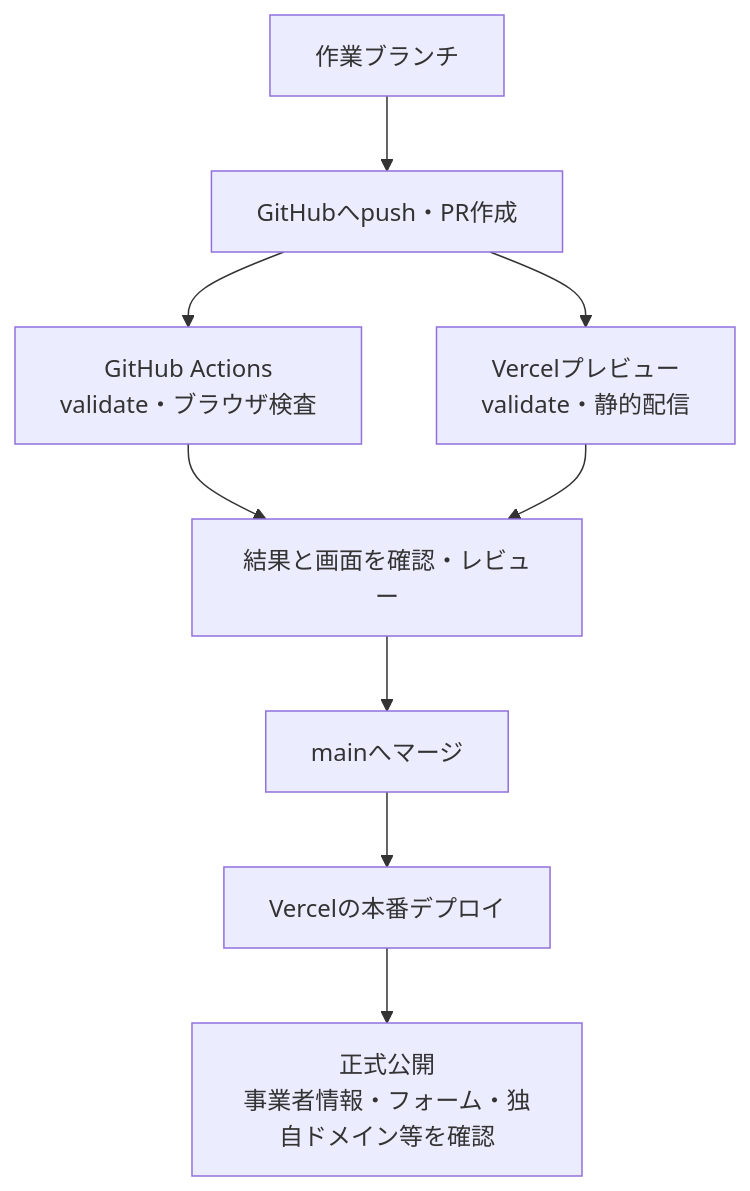
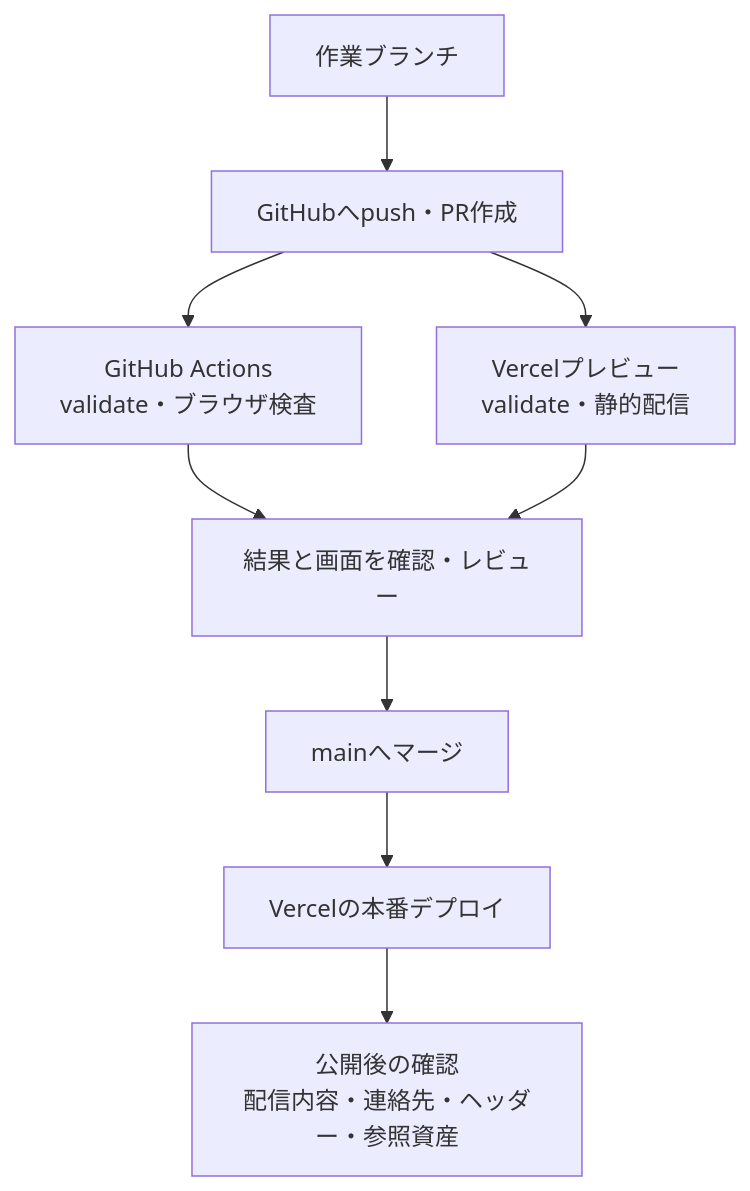
Before and after one commit to bright-broom/tsumugi: the seventh of 7 diagrams in README.md, drawn with Mermaid. The commit also changed other lines of this file and 1 other file, not shown here.

````diff
--- a/README.md
+++ b/README.md
@@ -246,11 +260,11 @@
 ```mermaid
 flowchart TD
   branch["作業ブランチ"] --> pr["GitHubへpush・PR作成"]
   pr --> ci["GitHub Actions<br/>validate・ブラウザ検査"]
   pr --> preview["Vercelプレビュー<br/>validate・静的配信"]
   ci --> review["結果と画面を確認・レビュー"]
   preview --> review
   review --> merge["mainへマージ"]
   merge --> deploy["Vercelの本番デプロイ"]
-  deploy --> launch["正式公開<br/>事業者情報・フォーム・独自ドメイン等を確認"]
+  deploy --> launch["公開後の確認<br/>配信内容・連絡先・ヘッダー・参照資産"]
 ```
````
